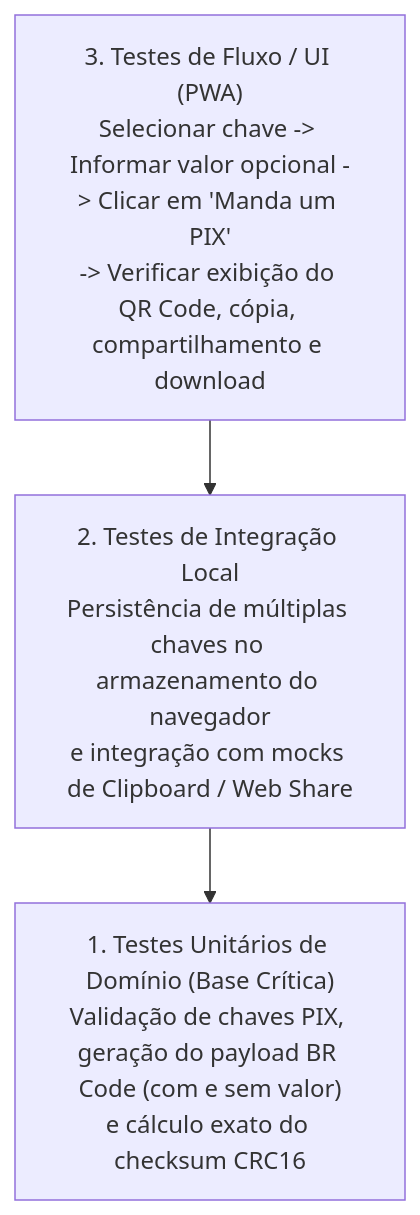
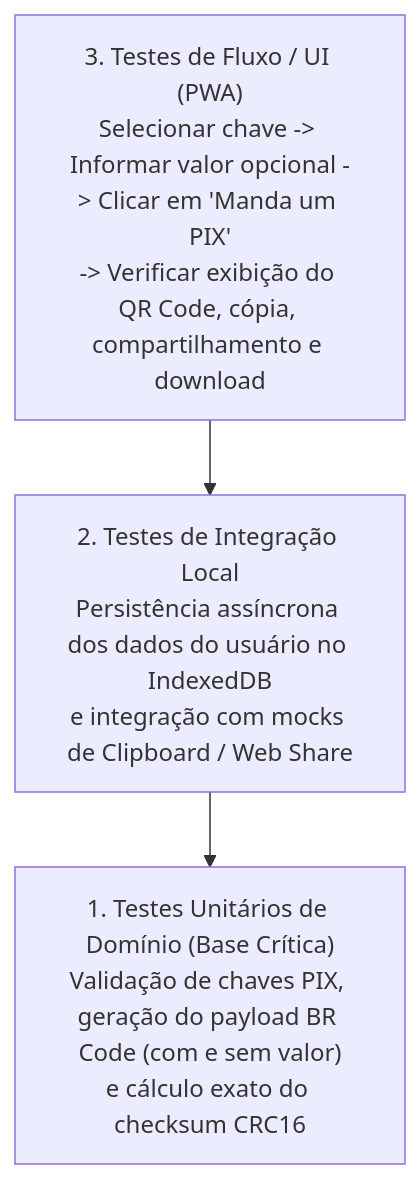
Before and after one commit to luizcanet/mandaumpix.app: the diagram in docs/quality/testing_strategy.md, drawn with Mermaid. The commit also changed 13 other files, not shown here.

Commit message:
docs: update changelog and architecture documentation for local persistence and updates

````diff
--- a/docs/quality/testing_strategy.md
+++ b/docs/quality/testing_strategy.md
@@ -41,5 +41,5 @@
 ```mermaid
 flowchart TD
-    E2E["3. Testes de Fluxo / UI (PWA)<br/>Selecionar chave -> Informar valor opcional -> Clicar em 'Manda um PIX'<br/>-> Verificar exibição do QR Code, cópia, compartilhamento e download"] --> Int["2. Testes de Integração Local<br/>Persistência de múltiplas chaves no armazenamento do navegador<br/>e integração com mocks de Clipboard / Web Share"]
+    E2E["3. Testes de Fluxo / UI (PWA)<br/>Selecionar chave -> Informar valor opcional -> Clicar em 'Manda um PIX'<br/>-> Verificar exibição do QR Code, cópia, compartilhamento e download"] --> Int["2. Testes de Integração Local<br/>Persistência assíncrona dos dados do usuário no IndexedDB<br/>e integração com mocks de Clipboard / Web Share"]
     Int --> Unit["1. Testes Unitários de Domínio (Base Crítica)<br/>Validação de chaves PIX, geração do payload BR Code (com e sem valor)<br/>e cálculo exato do checksum CRC16"]
 ```
````
